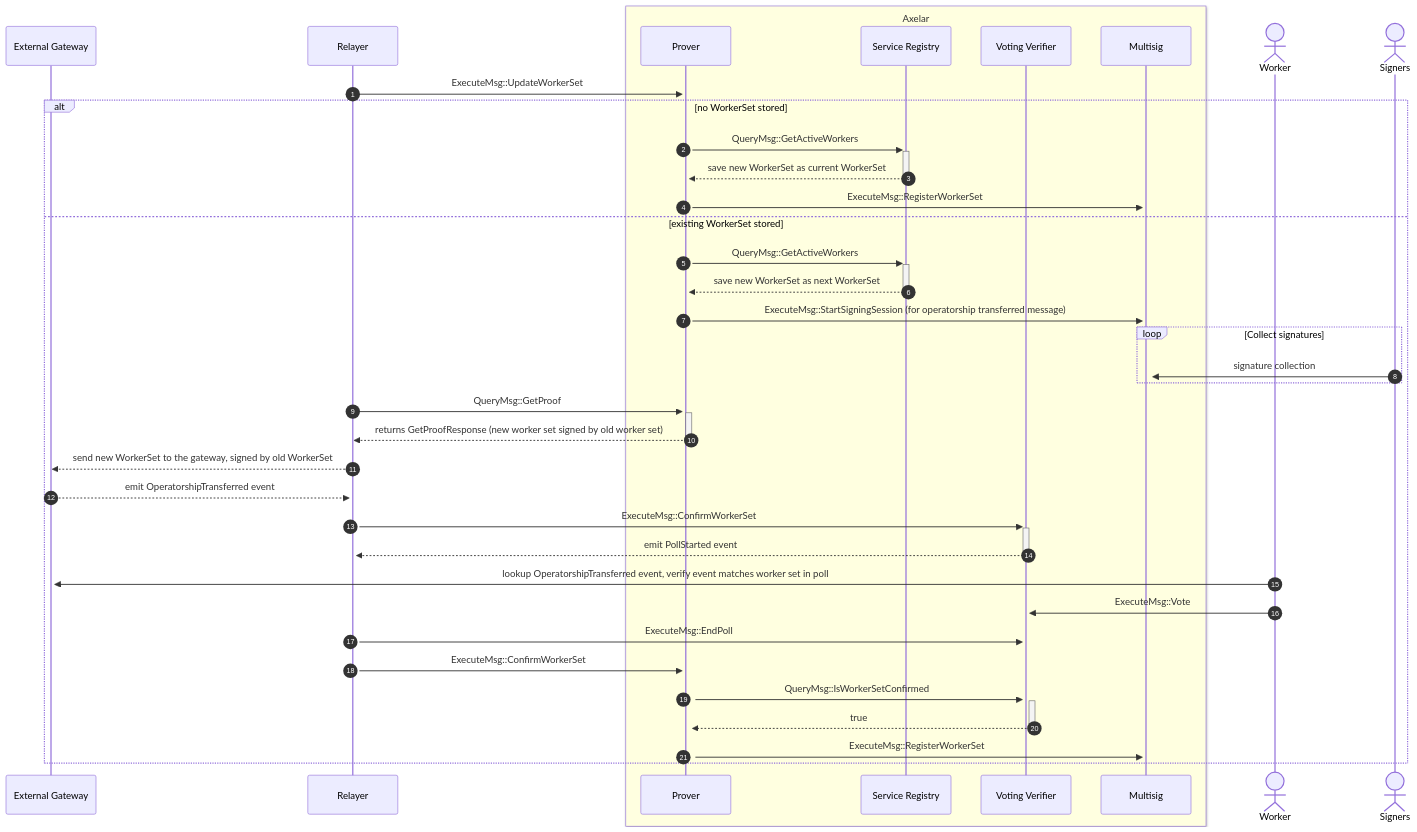
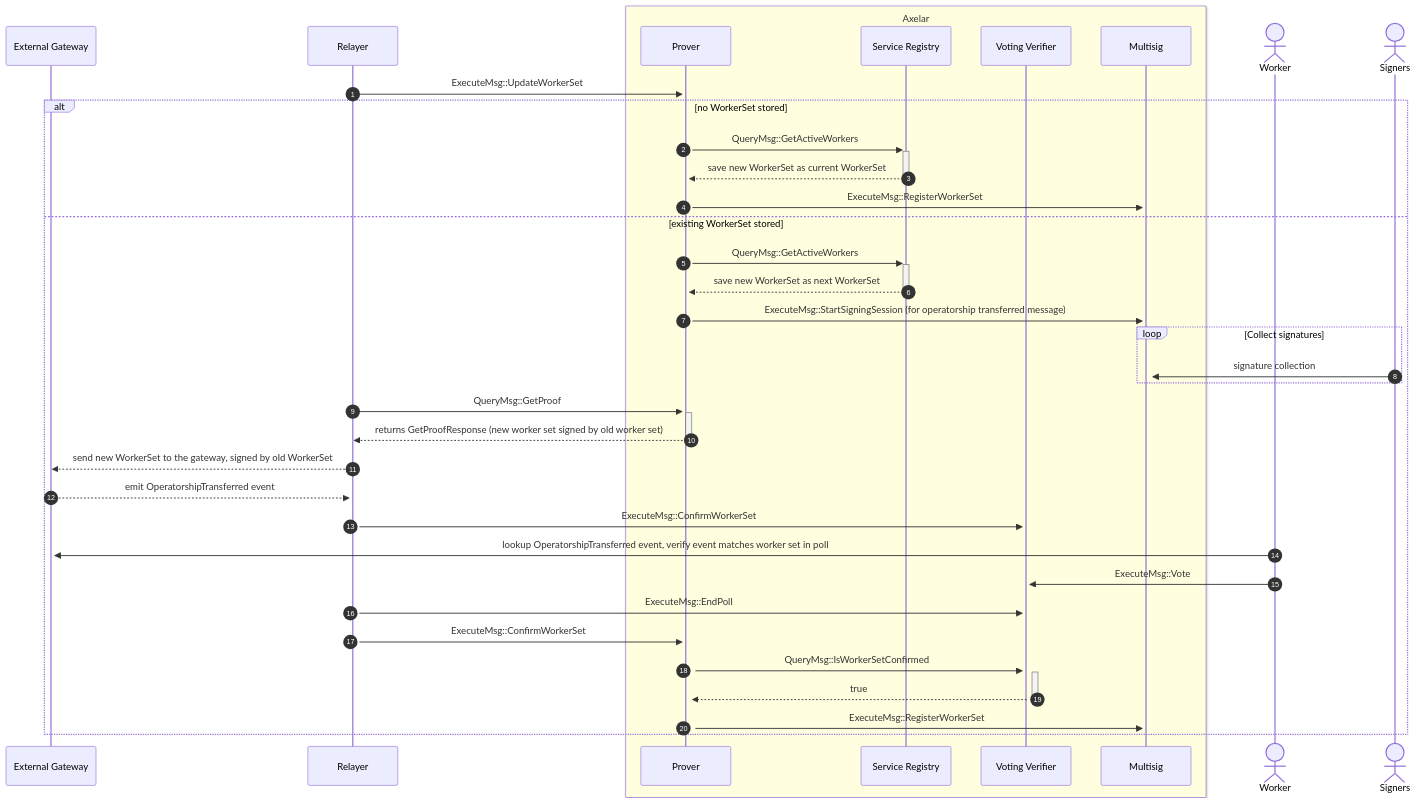
The fourth of 4 diagrams in doc/src/contracts/multisig_prover.md (axelarnetwork/axelar-amplifier), drawn with Mermaid before and after one commit. The commit also changed other lines of this file, not shown here.

Commit message:
remove PollStarted event emitting

````diff
--- a/doc/src/contracts/multisig_prover.md
+++ b/doc/src/contracts/multisig_prover.md
@@ -152,40 +152,39 @@
 ```mermaid
 sequenceDiagram
 autonumber
 participant External Gateway
 participant Relayer
 box LightYellow Axelar
 participant Prover
 participant Service Registry
 participant Voting Verifier
 participant Multisig
 end
 actor Worker
 actor Signers
 Relayer->>+Prover: ExecuteMsg::UpdateWorkerSet
 alt no WorkerSet stored
   Prover->>+Service Registry: QueryMsg::GetActiveWorkers
   Service Registry-->>-Prover: save new WorkerSet as current WorkerSet
   Prover->>+Multisig: ExecuteMsg::RegisterWorkerSet
 else existing WorkerSet stored
   Prover->>+Service Registry: QueryMsg::GetActiveWorkers
   Service Registry-->>-Prover: save new WorkerSet as next WorkerSet
   Prover->>+Multisig: ExecuteMsg::StartSigningSession (for operatorship transferred message)
   loop Collect signatures
 	  Signers->>+Multisig: signature collection
   end
   Relayer->>+Prover: QueryMsg::GetProof
   Prover-->>-Relayer: returns GetProofResponse (new worker set signed by old worker set)
   Relayer-->>External Gateway: send new WorkerSet to the gateway, signed by old WorkerSet
   External Gateway-->>+Relayer: emit OperatorshipTransferred event
   Relayer->>+Voting Verifier: ExecuteMsg::ConfirmWorkerSet
-  Voting Verifier-->>-Relayer: emit PollStarted event
   Worker->>+External Gateway: lookup OperatorshipTransferred event, verify event matches worker set in poll
   Worker->>+Voting Verifier: ExecuteMsg::Vote
   Relayer->>+Voting Verifier: ExecuteMsg::EndPoll
   Relayer->>+Prover: ExecuteMsg::ConfirmWorkerSet
   Prover->>+Voting Verifier: QueryMsg::IsWorkerSetConfirmed
   Voting Verifier-->>-Prover: true
   Prover->>+Multisig: ExecuteMsg::RegisterWorkerSet
 end
 ```
````
